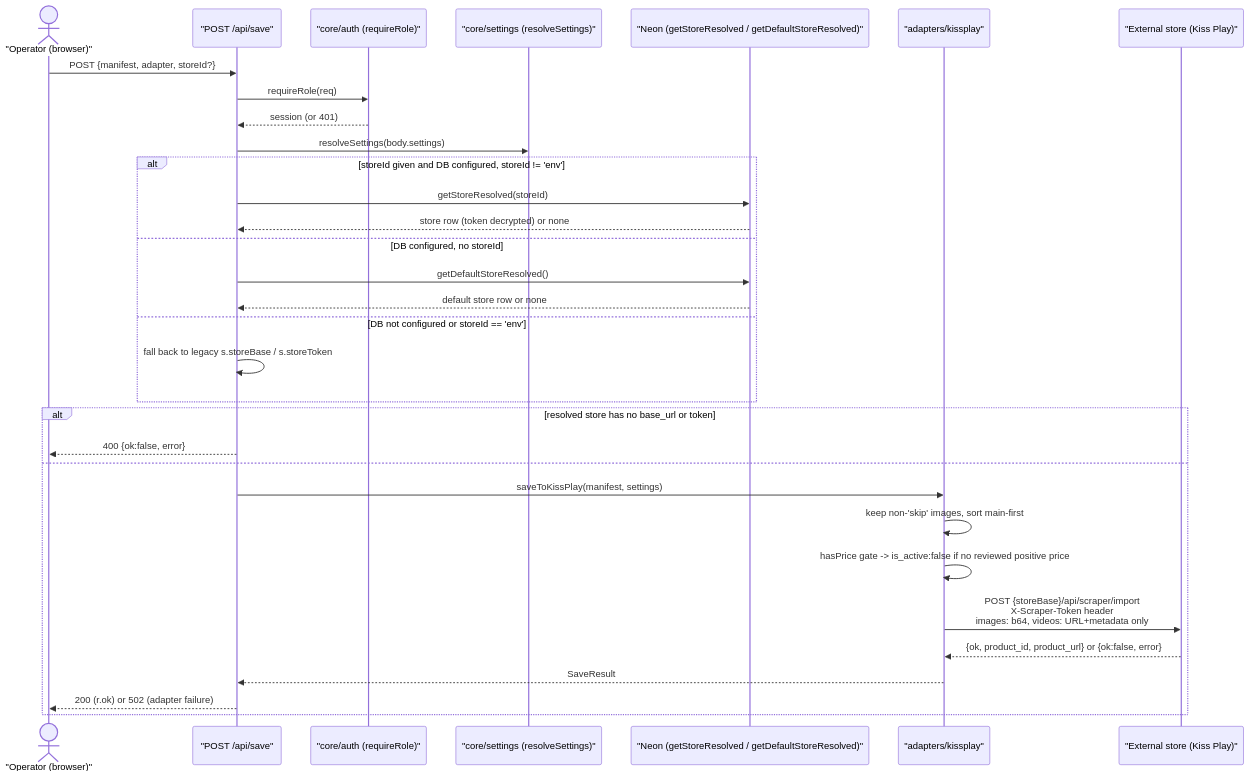
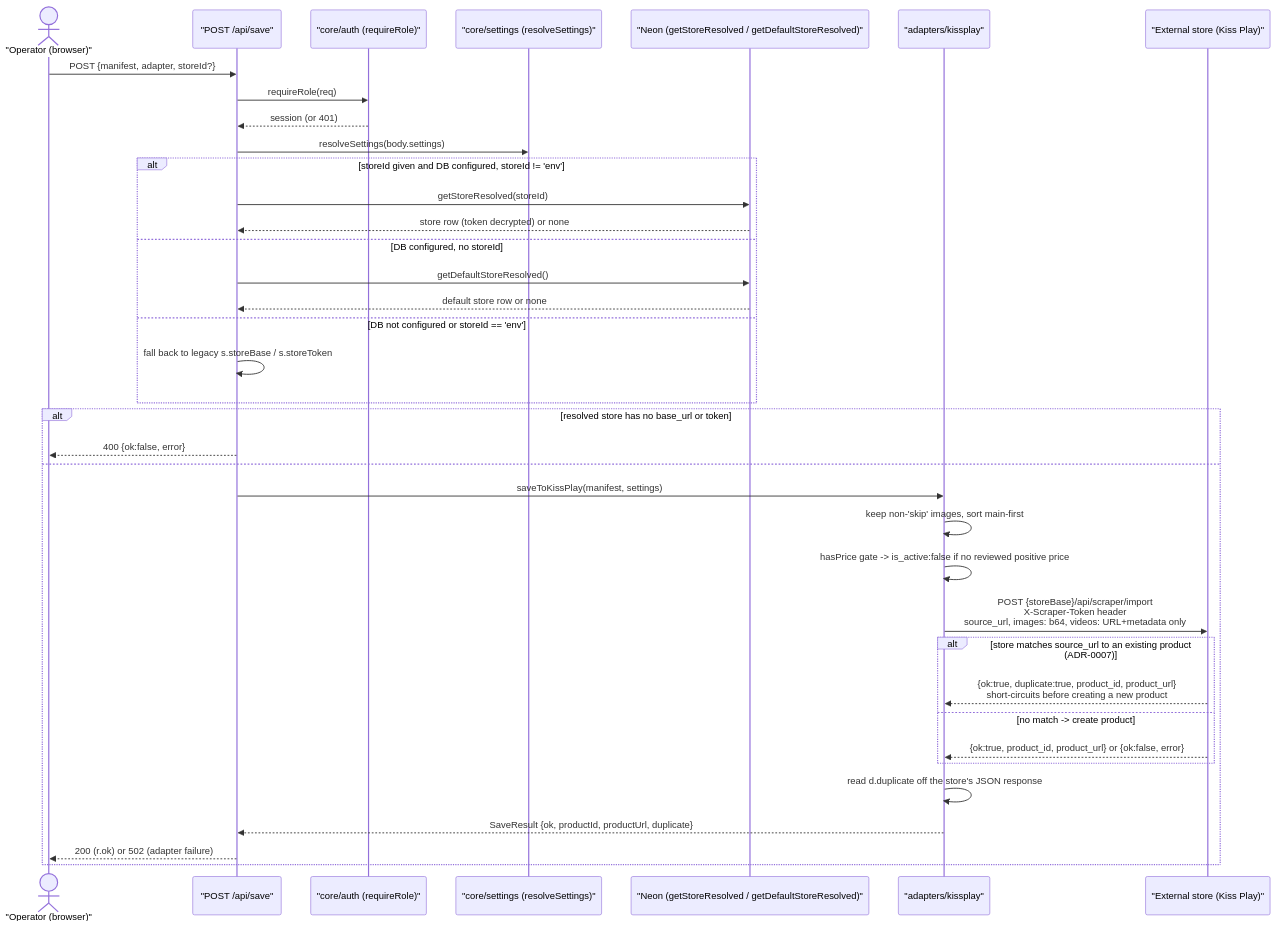
Before and after one commit to bawaya-ai/Products-pics: the fourth of 5 diagrams in docs/ARCHITECTURE.md, drawn with Mermaid. The commit also changed other lines of this file and 8 other files, not shown here.

First line of the commit message:
docs: update suite for CI gate + duplicate-save protection

````diff
--- a/docs/ARCHITECTURE.md
+++ b/docs/ARCHITECTURE.md
@@ -231,35 +231,40 @@
 ```mermaid
 sequenceDiagram
   actor U as "Operator (browser)"
   participant Rt as "POST /api/save"
   participant Auth as "core/auth (requireRole)"
   participant Set as "core/settings (resolveSettings)"
   participant DBd as "Neon (getStoreResolved / getDefaultStoreResolved)"
   participant Ad as "adapters/kissplay"
   participant St as "External store (Kiss Play)"
 
   U->>Rt: POST {manifest, adapter, storeId?}
   Rt->>Auth: requireRole(req)
   Auth-->>Rt: session (or 401)
   Rt->>Set: resolveSettings(body.settings)
   alt storeId given and DB configured, storeId != 'env'
     Rt->>DBd: getStoreResolved(storeId)
     DBd-->>Rt: store row (token decrypted) or none
   else DB configured, no storeId
     Rt->>DBd: getDefaultStoreResolved()
     DBd-->>Rt: default store row or none
   else DB not configured or storeId == 'env'
     Rt->>Rt: fall back to legacy s.storeBase / s.storeToken
   end
   alt resolved store has no base_url or token
     Rt-->>U: 400 {ok:false, error}
   else
     Rt->>Ad: saveToKissPlay(manifest, settings)
     Ad->>Ad: keep non-'skip' images, sort main-first
     Ad->>Ad: hasPrice gate -> is_active:false if no reviewed positive price
-    Ad->>St: POST {storeBase}/api/scraper/import<br/>X-Scraper-Token header<br/>images: b64, videos: URL+metadata only
-    St-->>Ad: {ok, product_id, product_url} or {ok:false, error}
-    Ad-->>Rt: SaveResult
+    Ad->>St: POST {storeBase}/api/scraper/import<br/>X-Scraper-Token header<br/>source_url, images: b64, videos: URL+metadata only
+    alt store matches source_url to an existing product (ADR-0007)
+      St-->>Ad: {ok:true, duplicate:true, product_id, product_url}<br/>short-circuits before creating a new product
+    else no match -> create product
+      St-->>Ad: {ok:true, product_id, product_url} or {ok:false, error}
+    end
+    Ad->>Ad: read d.duplicate off the store's JSON response
+    Ad-->>Rt: SaveResult {ok, productId, productUrl, duplicate}
     Rt-->>U: 200 (r.ok) or 502 (adapter failure)
   end
 ```
````
